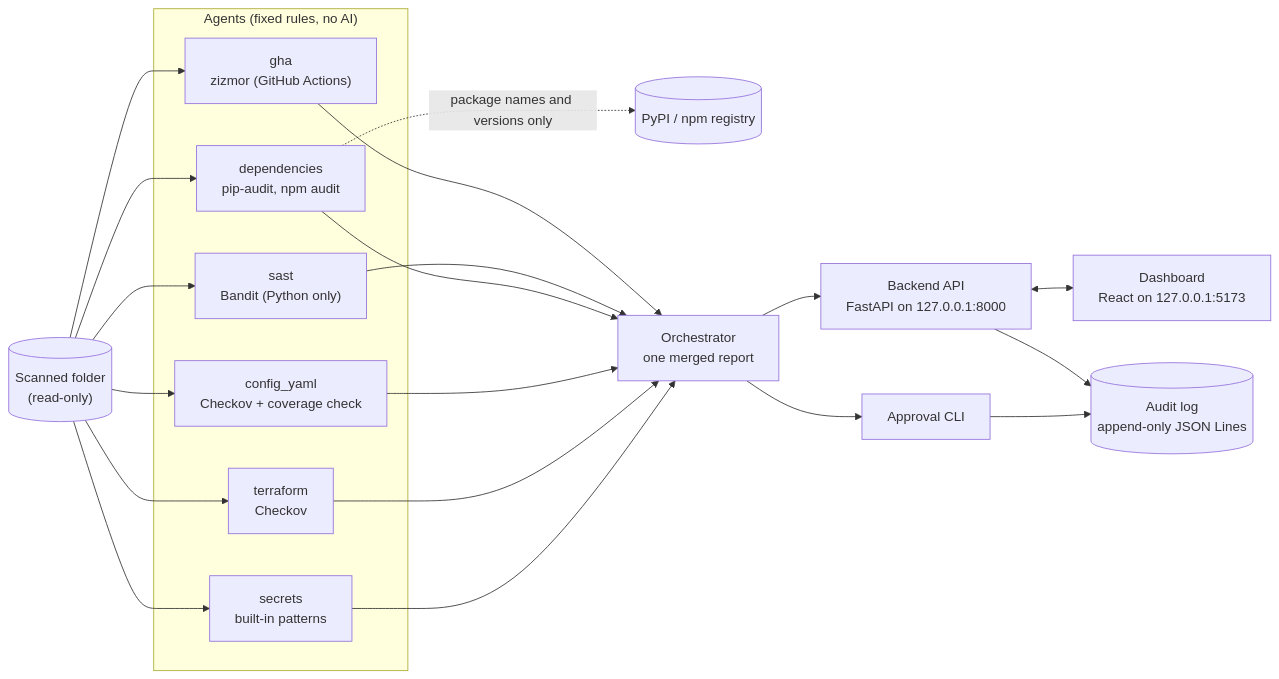
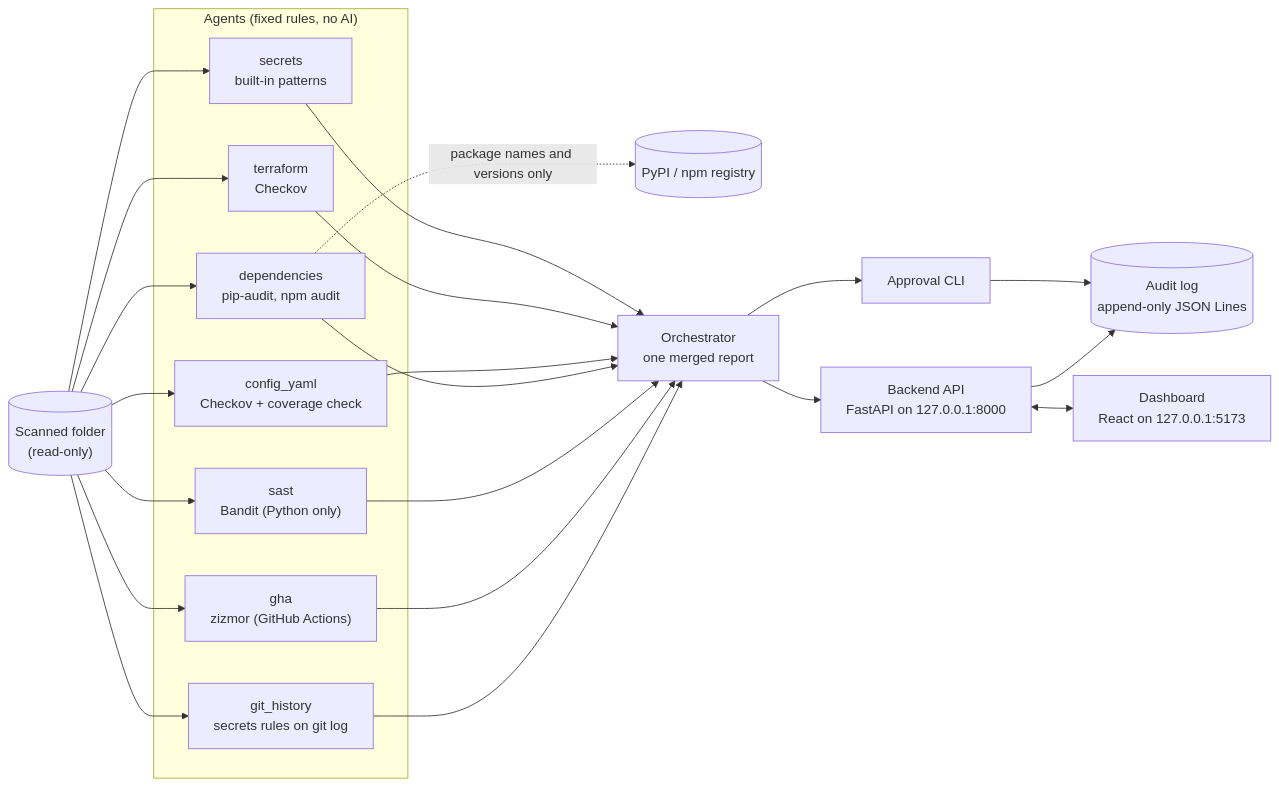
One commit to samiiraqi/sentinel changed the diagram in README.md. Above: the diagram before and after it, drawn with Mermaid. The commit also changed other lines of this file and 13 other files, not shown here.

First line of the commit message:
feat: add git history secrets agent (offline, read-only)

````diff
--- a/README.md
+++ b/README.md
@@ -19,20 +19,21 @@
 ```mermaid
 flowchart LR
     folder[("Scanned folder<br/>(read-only)")]
     subgraph agents["Agents (fixed rules, no AI)"]
         sec["secrets<br/>built-in patterns"]
         tf["terraform<br/>Checkov"]
         cy["config_yaml<br/>Checkov + coverage check"]
         dep["dependencies<br/>pip-audit, npm audit"]
         sast["sast<br/>Bandit (Python only)"]
         gha["gha<br/>zizmor (GitHub Actions)"]
+        hist["git_history<br/>secrets rules on git log"]
     end
-    folder --> sec & tf & cy & dep & sast & gha
+    folder --> sec & tf & cy & dep & sast & gha & hist
     dep -. "package names and versions only" .-> reg[("PyPI / npm registry")]
-    sec & tf & cy & dep & sast & gha --> orch["Orchestrator<br/>one merged report"]
+    sec & tf & cy & dep & sast & gha & hist --> orch["Orchestrator<br/>one merged report"]
     orch --> cli["Approval CLI"]
     orch --> api["Backend API<br/>FastAPI on 127.0.0.1:8000"]
     api <--> ui["Dashboard<br/>React on 127.0.0.1:5173"]
     cli --> log[("Audit log<br/>append-only JSON Lines")]
     api --> log
 ```
````
